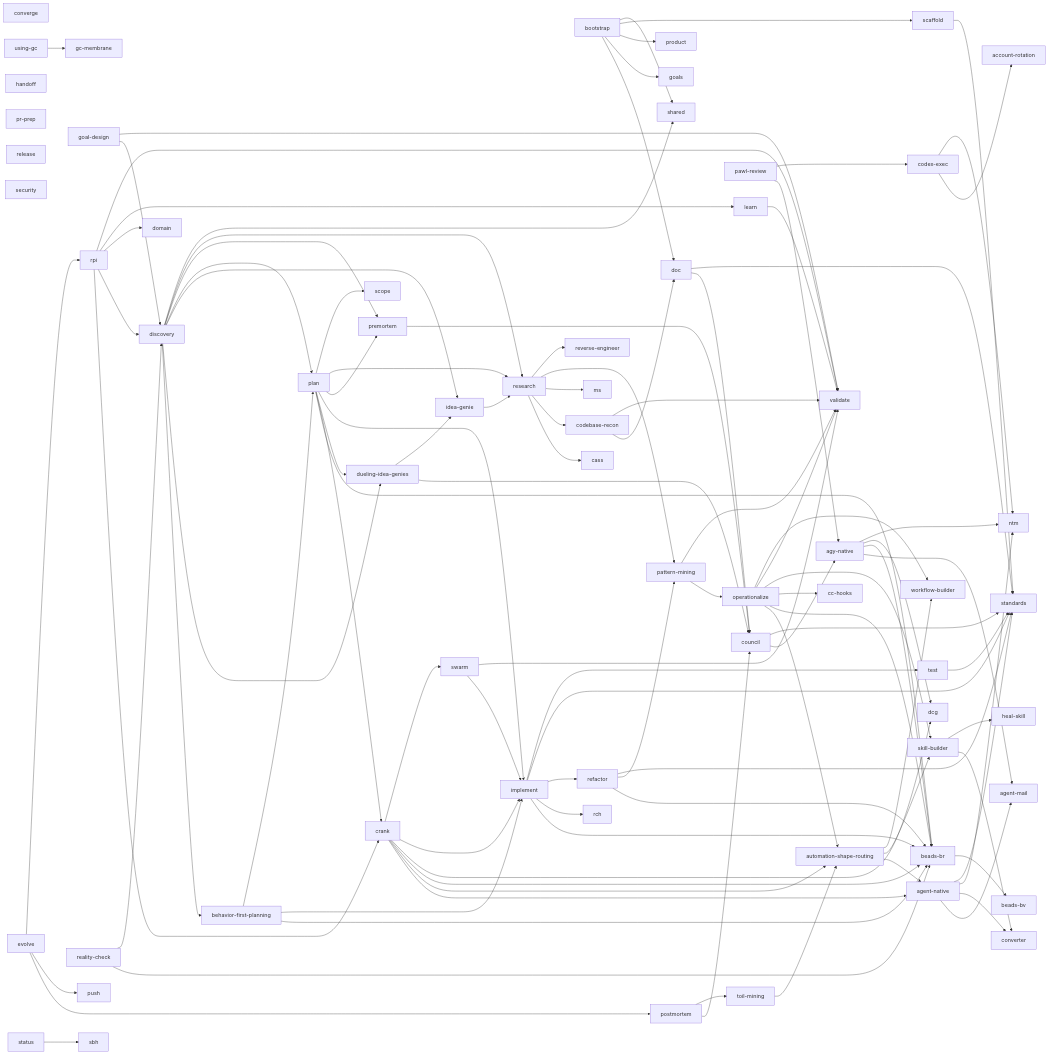
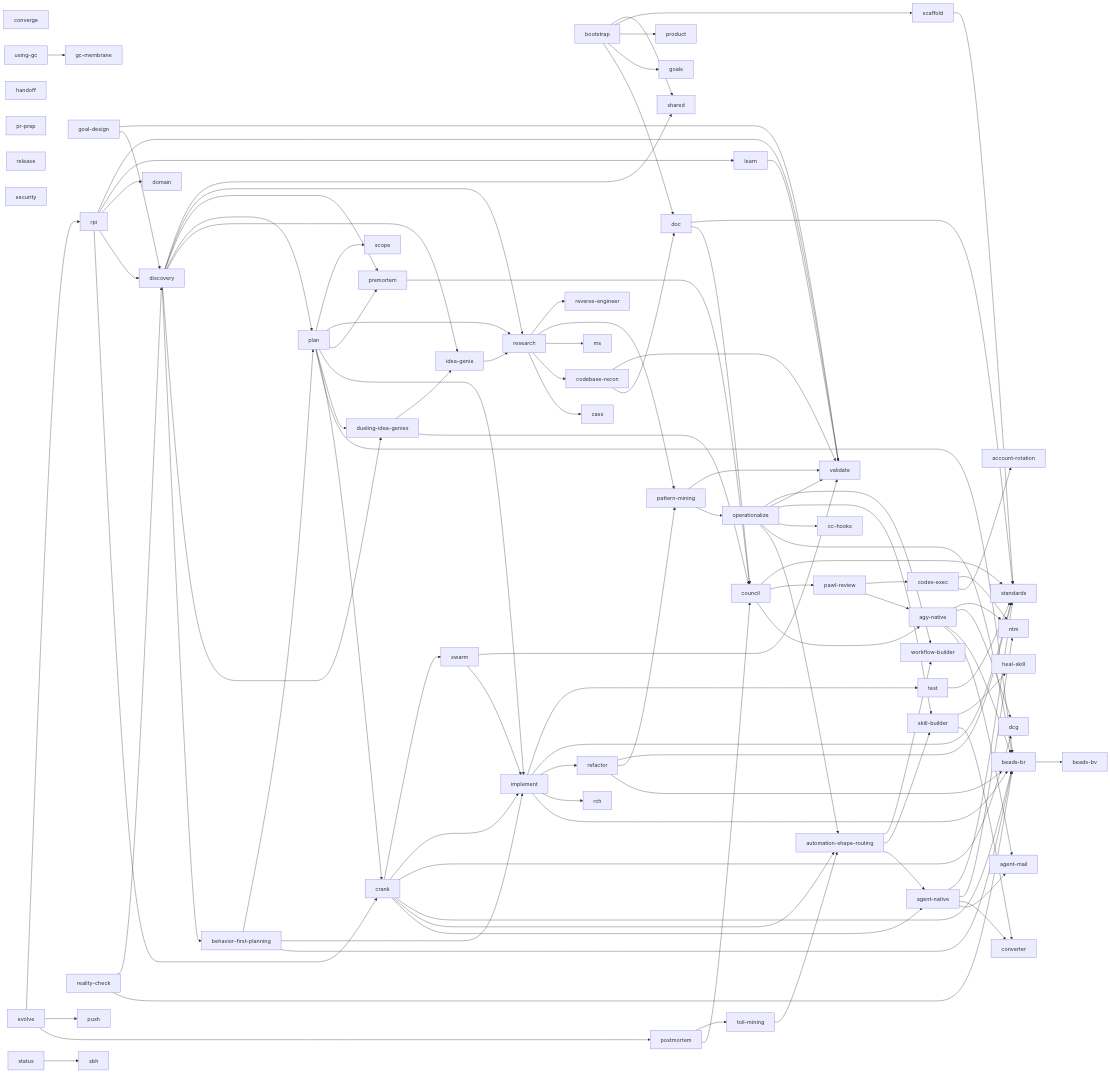
The first of 2 diagrams in docs/contracts/context-map.md (boshu2/agentops), drawn with Mermaid before and after one commit. The commit also changed other lines of this file and 30 other files, not shown here.

```diff
--- a/docs/contracts/context-map.md
+++ b/docs/contracts/context-map.md
@@ -186,6 +186,7 @@
   codex_exec --> account_rotation
   codex_exec --> ntm
   council --> agy_native
+  council --> pawl_review
   council --> standards
   crank --> agent_native
   crank --> automation_shape_routing
```
